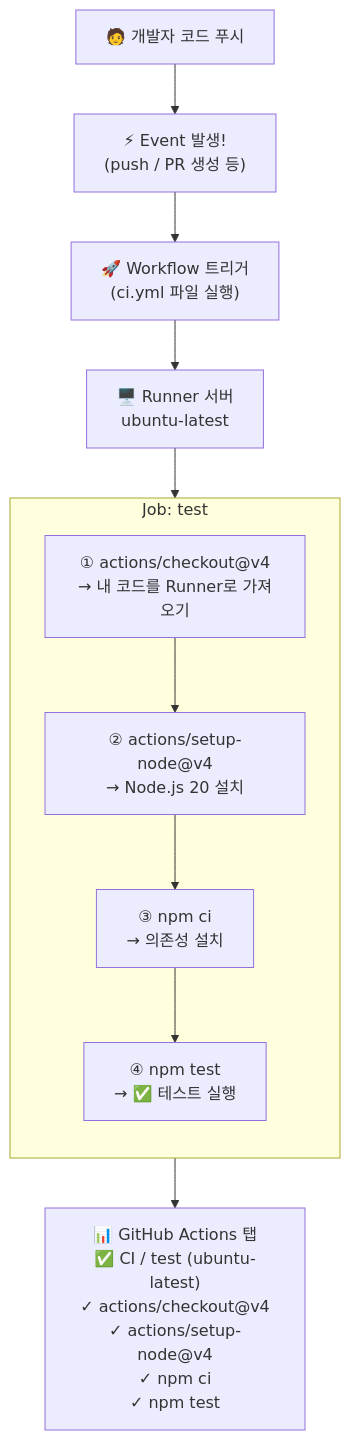
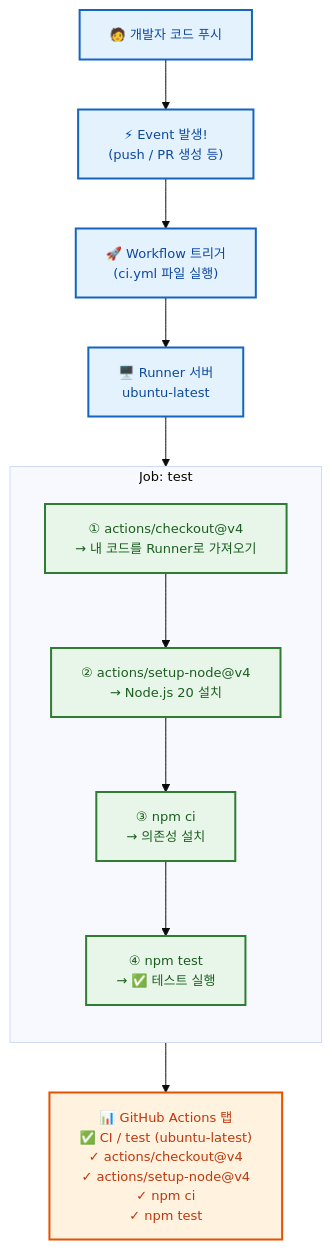
The first of 2 diagrams in git/06_GitHub/05_GitHub_Actions.md (jingu279/Document), drawn with Mermaid before and after one commit. The commit also changed other lines of this file and 24 other files, not shown here.

First line of the commit message:
Git 문서 전체 Mermaid 다이어그램 스타일링 통일

````diff
--- a/git/06_GitHub/05_GitHub_Actions.md
+++ b/git/06_GitHub/05_GitHub_Actions.md
@@ -19,19 +19,25 @@
 ```mermaid
+%%{init: {'theme': 'base', 'themeVariables': {'fontSize': '13px'}}}%%
 flowchart TB
-  Dev["🧑 개발자 코드 푸시"] --> Event["⚡ Event 발생!<br/>(push / PR 생성 등)"]
-  Event --> Trigger["🚀 Workflow 트리거<br/>(ci.yml 파일 실행)"]
-  Trigger --> Runner["🖥️ Runner 서버<br/>ubuntu-latest"]
+  classDef main fill:#fff3e0,stroke:#e65100,stroke-width:2px,color:#bf360c
+  classDef sub fill:#e8f5e9,stroke:#2e7d32,stroke-width:2px,color:#1b5e20
+  classDef proc fill:#e3f2fd,stroke:#1565c0,stroke-width:2px,color:#0d47a1
+  classDef decision fill:#fff9c4,stroke:#f9a825,stroke-width:2px,color:#e65100
+  classDef highlight fill:#f3e5f5,stroke:#6a1b9a,stroke-width:2px,color:#4a148c
+  Dev["🧑 개발자 코드 푸시"]:::proc --> Event["⚡ Event 발생!<br/>(push / PR 생성 등)"]:::proc
+  Event --> Trigger["🚀 Workflow 트리거<br/>(ci.yml 파일 실행)"]:::proc
+  Trigger --> Runner["🖥️ Runner 서버<br/>ubuntu-latest"]:::proc
 
   subgraph Job[Job: test]
     direction TB
-    S1["① actions/checkout@v4<br/>→ 내 코드를 Runner로 가져오기"]
-    S2["② actions/setup-node@v4<br/>→ Node.js 20 설치"]
-    S3["③ npm ci<br/>→ 의존성 설치"]
-    S4["④ npm test<br/>→ ✅ 테스트 실행"]
+    S1["① actions/checkout@v4<br/>→ 내 코드를 Runner로 가져오기"]:::sub
+    S2["② actions/setup-node@v4<br/>→ Node.js 20 설치"]:::sub
+    S3["③ npm ci<br/>→ 의존성 설치"]:::sub
+    S4["④ npm test<br/>→ ✅ 테스트 실행"]:::sub
 
     S1 --> S2 --> S3 --> S4
   end
 
   Runner --> S1
-  S4 --> Result["📊 GitHub Actions 탭<br/>✅ CI / test (ubuntu-latest)<br/>✓ actions/checkout@v4<br/>✓ actions/setup-node@v4<br/>✓ npm ci<br/>✓ npm test"]
+  S4 --> Result["📊 GitHub Actions 탭<br/>✅ CI / test (ubuntu-latest)<br/>✓ actions/checkout@v4<br/>✓ actions/setup-node@v4<br/>✓ npm ci<br/>✓ npm test"]:::main
 ```
````
